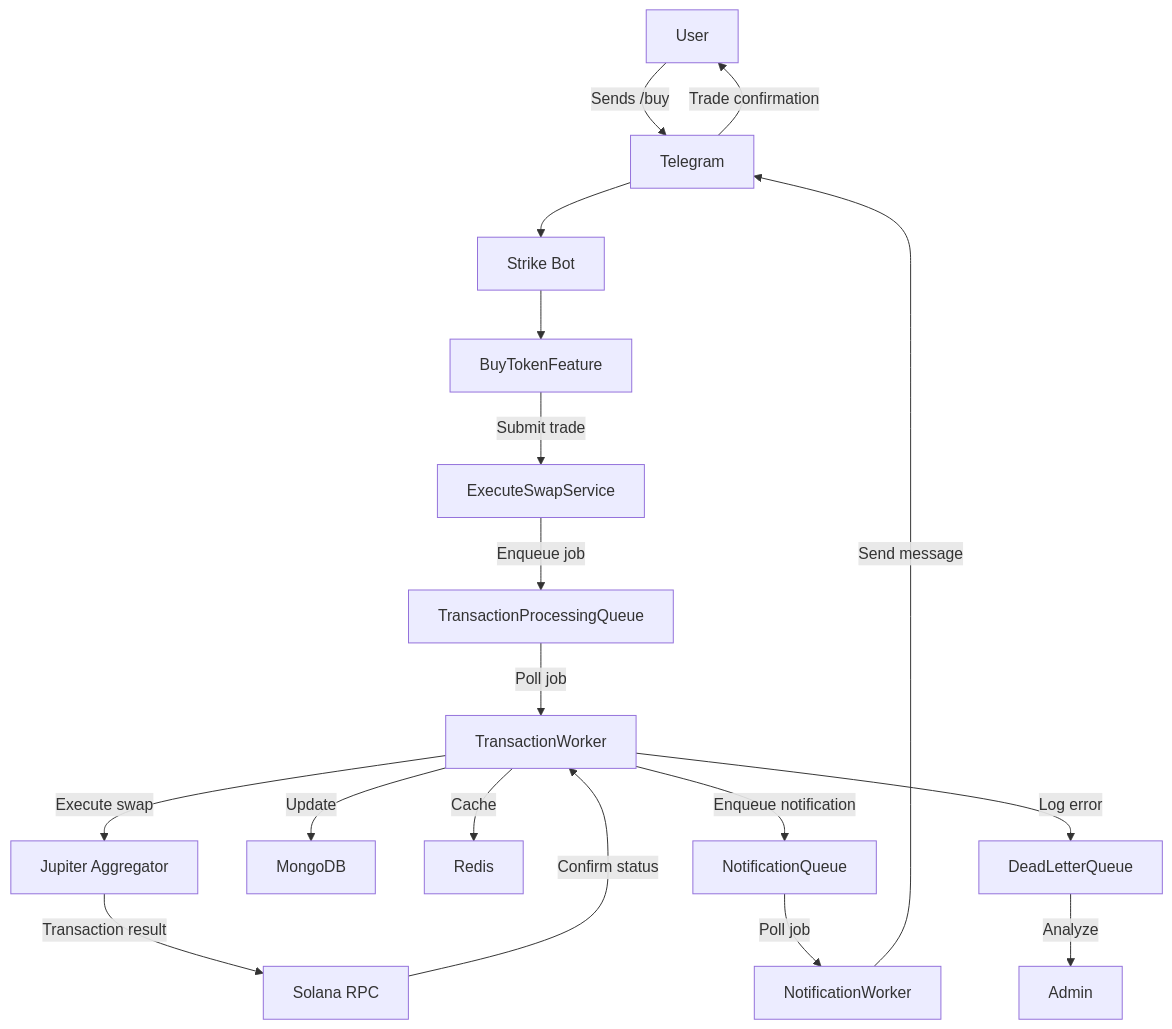
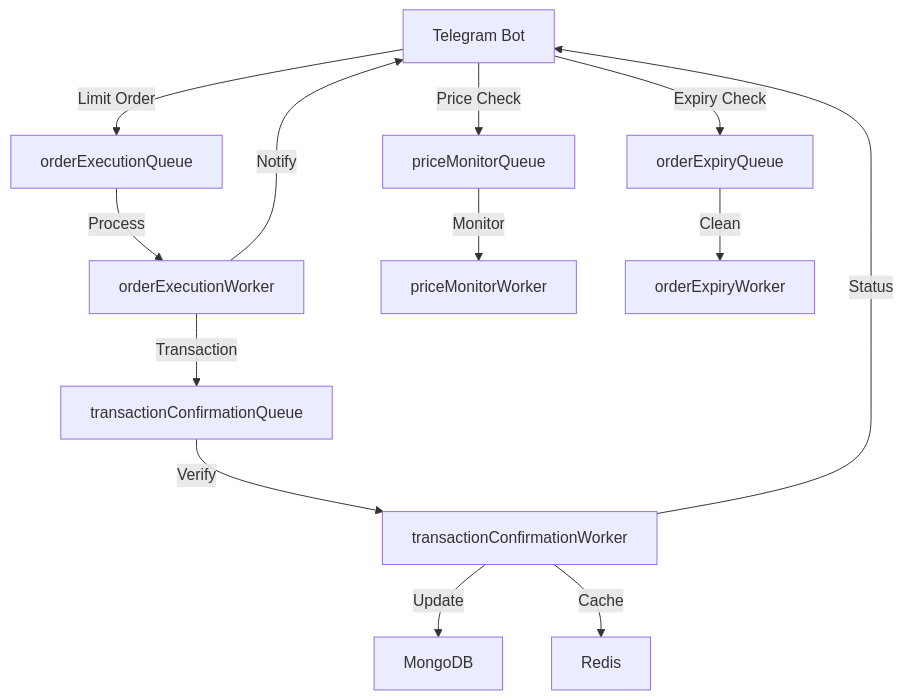
The diagram in architecture/queue-system.md (m-zeeshan-aly/Strike-Bot-Code-Documentation), drawn with Mermaid before and after one commit. The commit also changed other lines of this file and 45 other files, not shown here.

````diff
--- a/architecture/queue-system.md
+++ b/architecture/queue-system.md
@@ -163,20 +183,19 @@
 ```mermaid
 graph TD
-    A[User] -->|Sends /buy| B[Telegram]
-    B --> C[Strike Bot]
-    C --> D[BuyTokenFeature]
-    D -->|Submit trade| E[ExecuteSwapService]
-    E -->|Enqueue job| F[TransactionProcessingQueue]
-    F -->|Poll job| G[TransactionWorker]
-    G -->|Execute swap| H[Jupiter Aggregator]
-    H -->|Transaction result| I[Solana RPC]
-    I -->|Confirm status| G
-    G -->|Update| J[MongoDB]
-    G -->|Cache| K[Redis]
-    G -->|Enqueue notification| L[NotificationQueue]
-    L -->|Poll job| M[NotificationWorker]
-    M -->|Send message| B
-    B -->|Trade confirmation| A
-    G -->|Log error| N[DeadLetterQueue]
-    N -->|Analyze| O[Admin]
+    A[Telegram Bot] -->|Limit Order| B[orderExecutionQueue]
+    A -->|Price Check| C[priceMonitorQueue]
+    A -->|Expiry Check| D[orderExpiryQueue]
+    
+    B -->|Process| E[orderExecutionWorker]
+    C -->|Monitor| F[priceMonitorWorker]
+    D -->|Clean| G[orderExpiryWorker]
+    
+    E -->|Transaction| H[transactionConfirmationQueue]
+    H -->|Verify| I[transactionConfirmationWorker]
+    
+    I -->|Update| J[MongoDB]
+    I -->|Cache| K[Redis]
+    
+    E -->|Notify| A
+    I -->|Status| A
 ```
````
